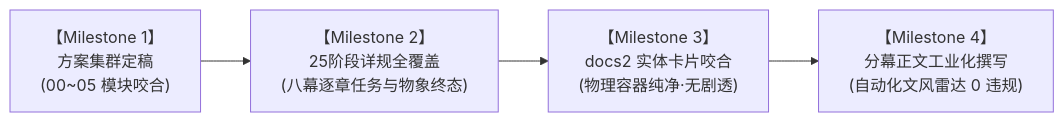
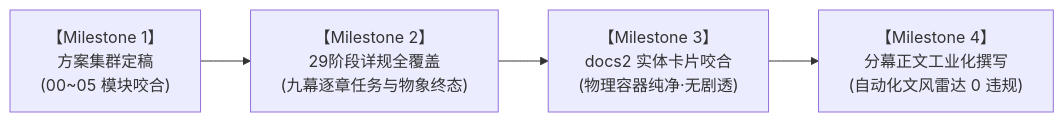
The fifth of 5 diagrams in 方案/第二部/主线与世界扩充方案/00_第二部主线与世界扩充方案总纲.md (soranokiseki1437/eldoria-worldbook), drawn with Mermaid before and after one commit. The commit also changed other lines of this file and 41 other files, not shown here.

````diff
--- a/方案/第二部/主线与世界扩充方案/00_第二部主线与世界扩充方案总纲.md
+++ b/方案/第二部/主线与世界扩充方案/00_第二部主线与世界扩充方案总纲.md
@@ -220,6 +329,6 @@
 ```mermaid
 graph LR
-    M1["【Milestone 1】<br/>方案集群定稿<br/>(00~05 模块咬合)"] --> M2["【Milestone 2】<br/>25阶段详规全覆盖<br/>(八幕逐章任务与物象终态)"]
+    M1["【Milestone 1】<br/>方案集群定稿<br/>(00~05 模块咬合)"] --> M2["【Milestone 2】<br/>29阶段详规全覆盖<br/>(九幕逐章任务与物象终态)"]
     M2 --> M3["【Milestone 3】<br/>docs2 实体卡片咬合<br/>(物理容器纯净·无剧透)"]
     M3 --> M4["【Milestone 4】<br/>分幕正文工业化撰写<br/>(自动化文风雷达 0 违规)"]
 ```
````
